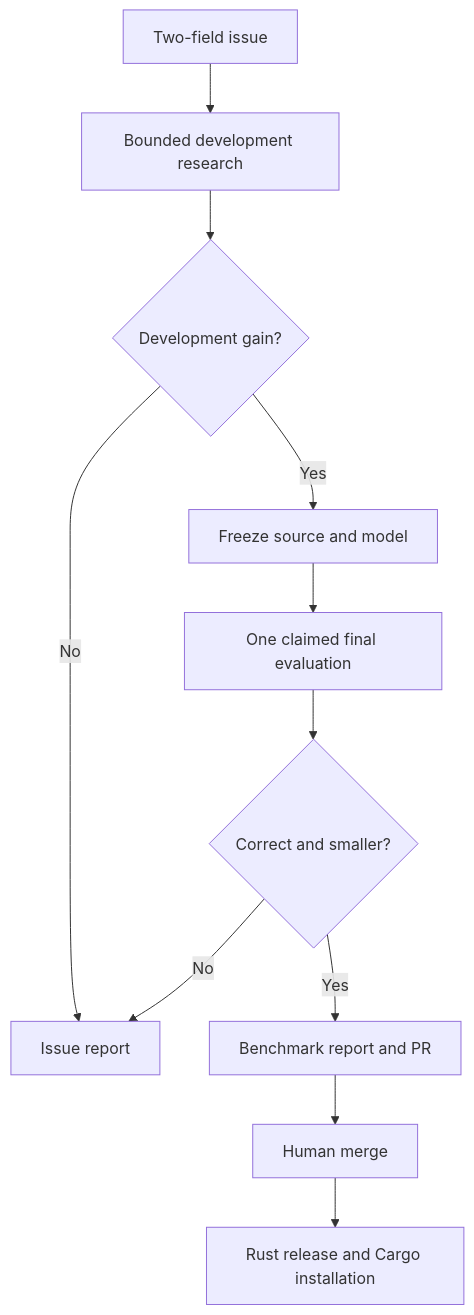
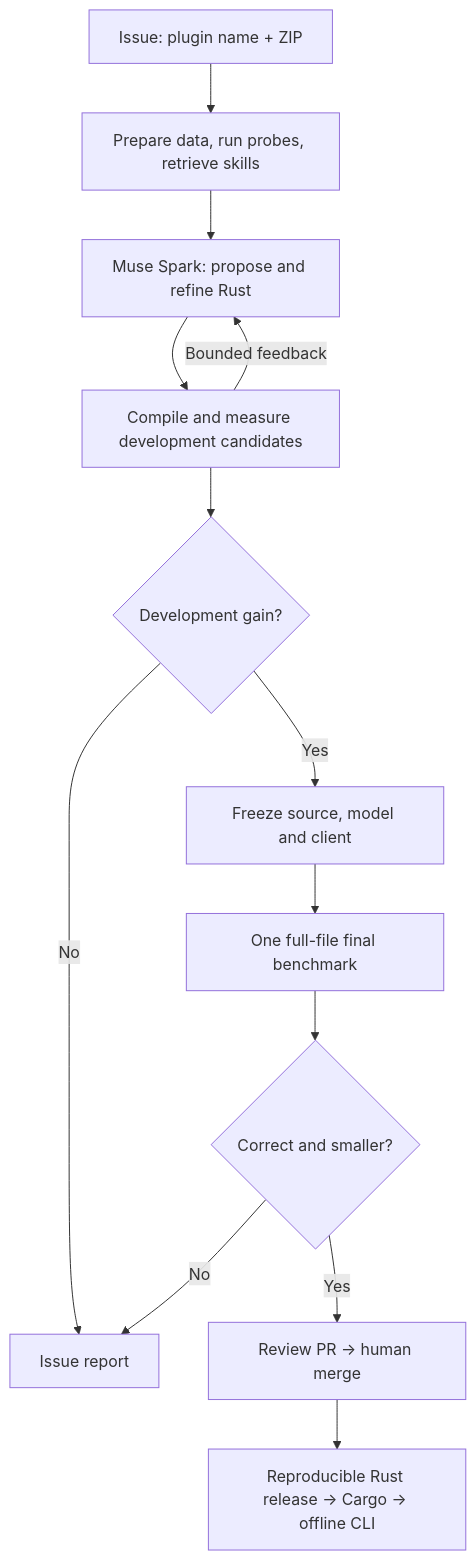
One commit to akaliutau/algomini changed the diagram in README.md. Above: the diagram before and after it, drawn with Mermaid. The commit also changed other lines of this file and 1 other file, not shown here.

Commit message:
Present Algomini demo, measured results and research architecture

````diff
--- a/README.md
+++ b/README.md
@@ -5,13 +80,15 @@
 ```mermaid
 flowchart TD
-  A[Two-field issue] --> B[Bounded development research]
-  B --> C{Development gain?}
-  C -- No --> R[Issue report]
-  C -- Yes --> F[Freeze source and model]
-  F --> T[One claimed final evaluation]
-  T --> Q{Correct and smaller?}
-  Q -- No --> R
-  Q -- Yes --> P[Benchmark report and PR]
-  P --> M[Human merge]
-  M --> L[Rust release and Cargo installation]
+    A["Issue: plugin name + ZIP"] --> B["Prepare data, run probes, retrieve skills"]
+    B --> C["Muse Spark: propose and refine Rust"]
+    C --> D["Compile and measure development candidates"]
+    D -->|"Bounded feedback"| C
+    D --> E{"Development gain?"}
+    E -->|"No"| R["Issue report"]
+    E -->|"Yes"| F["Freeze source, model and client"]
+    F --> G["One full-file final benchmark"]
+    G --> H{"Correct and smaller?"}
+    H -->|"No"| R
+    H -->|"Yes"| I["Review PR → human merge"]
+    I --> J["Reproducible Rust release → Cargo → offline CLI"]
 ```
````
